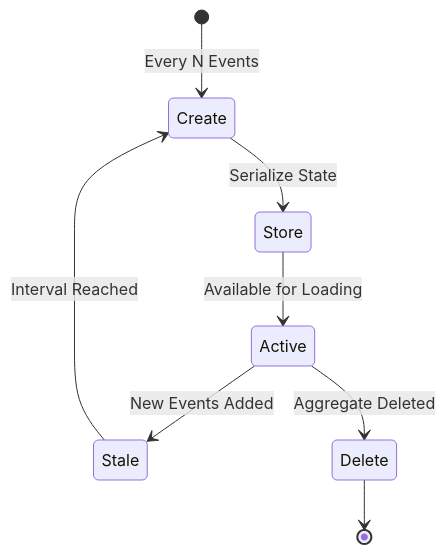
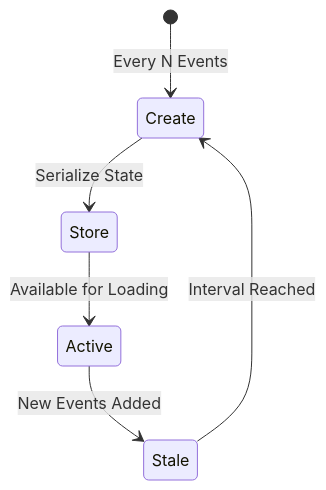
One commit to Ahoo-Wang/Wow changed the second of 2 diagrams in documentation/docs/en/guide/snapshot.md. Above: the diagram before and after it, drawn with Mermaid. The commit also changed other lines of this file and 85 other files, not shown here.

````diff
--- a/documentation/docs/en/guide/snapshot.md
+++ b/documentation/docs/en/guide/snapshot.md
@@ -105,10 +105,8 @@
 ```mermaid
 stateDiagram-v2
     [*] --> Create: Every N Events
     Create --> Store: Serialize State
     Store --> Active: Available for Loading
     Active --> Stale: New Events Added
     Stale --> Create: Interval Reached
-    Active --> Delete: Aggregate Deleted
-    Delete --> [*]
 ```
````
